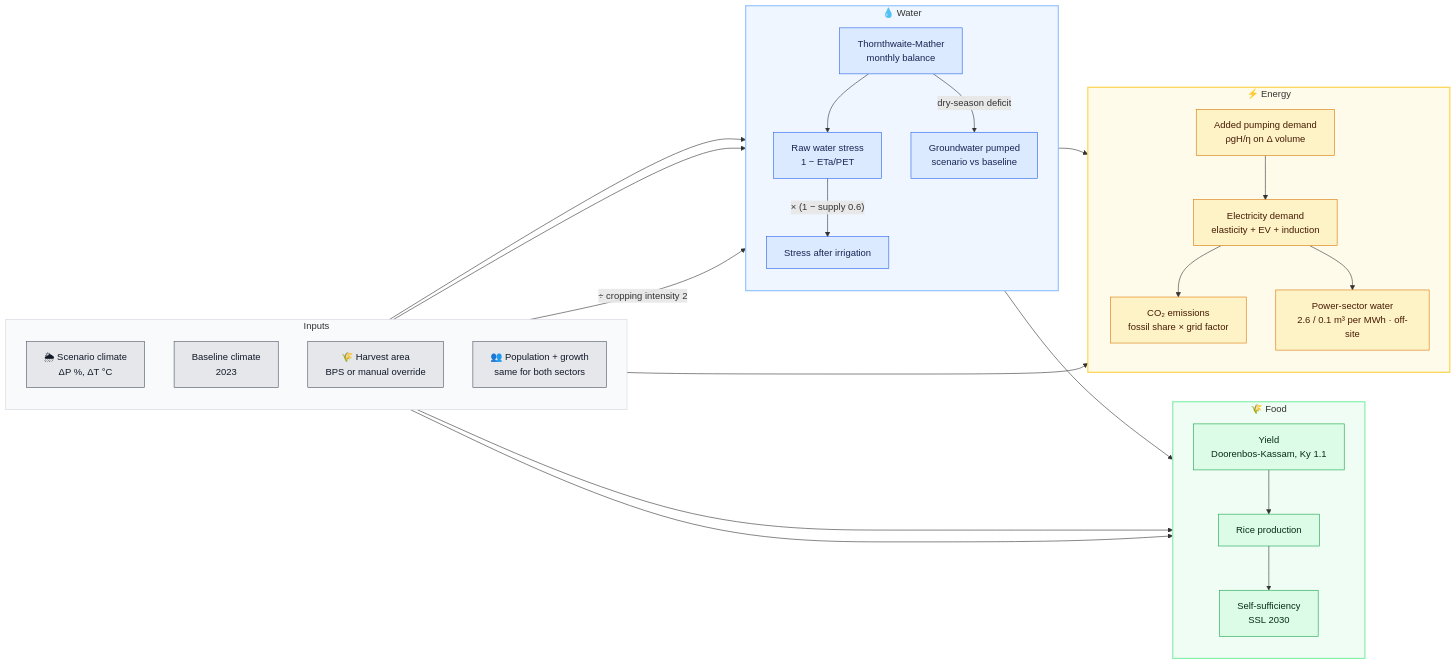
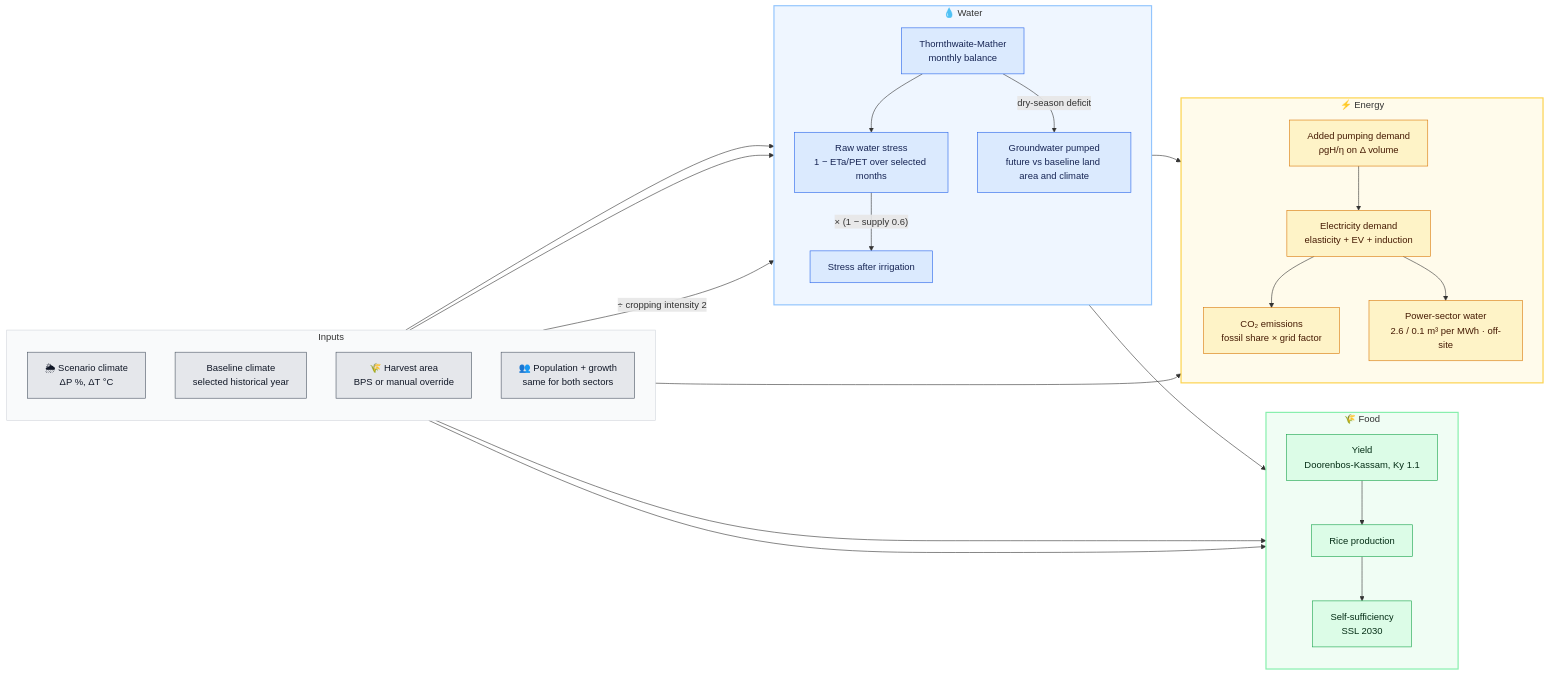
The second of 3 diagrams in README.md (zakusworo/wef-agentic), drawn with Mermaid before and after one commit. The commit also changed other lines of this file and 55 other files, not shown here.

````diff
--- a/README.md
+++ b/README.md
@@ -124,62 +140,62 @@
 ```mermaid
 flowchart LR
     subgraph IN["Inputs"]
         direction TB
         CD["🌦 Scenario climate<br/>ΔP %, ΔT °C"]
-        BC["Baseline climate<br/>2023"]
+        BC["Baseline climate<br/>selected historical year"]
         AREA["🌾 Harvest area<br/>BPS or manual override"]
         POP["👥 Population + growth<br/>same for both sectors"]
     end
 
     subgraph WATER["💧 Water"]
         direction TB
         TM["Thornthwaite-Mather<br/>monthly balance"]
-        RS["Raw water stress<br/>1 − ETa/PET"]
+        RS["Raw water stress<br/>1 − ETa/PET over selected months"]
         ES["Stress after irrigation"]
-        GW["Groundwater pumped<br/>scenario vs baseline"]
+        GW["Groundwater pumped<br/>future vs baseline land area and climate"]
         TM --> RS -->|"× (1 − supply 0.6)"| ES
         TM -->|"dry-season deficit"| GW
     end
 
     subgraph FOOD["🌾 Food"]
         direction TB
         Y["Yield<br/>Doorenbos-Kassam, Ky 1.1"]
         PROD["Rice production"]
         SSL["Self-sufficiency<br/>SSL 2030"]
         Y --> PROD --> SSL
     end
 
     subgraph ENERGY["⚡ Energy"]
         direction TB
         PUMP["Added pumping demand<br/>ρgH/η on Δ volume"]
         DEM["Electricity demand<br/>elasticity + EV + induction"]
         CO2["CO₂ emissions<br/>fossil share × grid factor"]
         PSW["Power-sector water<br/>2.6 / 0.1 m³ per MWh · off-site"]
         PUMP --> DEM
         DEM --> CO2
         DEM --> PSW
     end
 
     CD --> TM
     BC --> TM
     ES --> Y
     AREA --> PROD
     AREA -->|"÷ cropping intensity 2"| GW
     GW --> PUMP
     POP --> SSL
     POP --> DEM
 
     classDef input fill:#e5e7eb,stroke:#4b5563,color:#111827
     classDef water fill:#dbeafe,stroke:#2563eb,color:#172554
     classDef food fill:#dcfce7,stroke:#16a34a,color:#052e16
     classDef energy fill:#fef3c7,stroke:#d97706,color:#451a03
     class CD,BC,AREA,POP input
     class TM,RS,ES,GW water
     class Y,PROD,SSL food
     class PUMP,DEM,CO2,PSW energy
 
     style IN fill:#f9fafb,stroke:#d1d5db
     style WATER fill:#eff6ff,stroke:#93c5fd,stroke-width:2px
     style FOOD fill:#f0fdf4,stroke:#86efac,stroke-width:2px
     style ENERGY fill:#fffbeb,stroke:#fcd34d,stroke-width:2px
 ```
````
